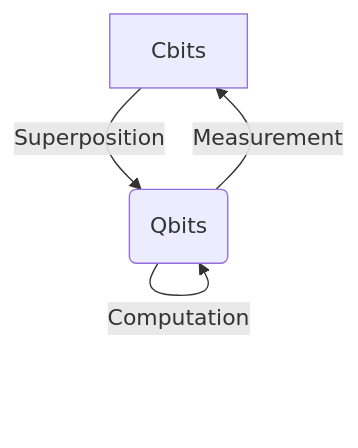
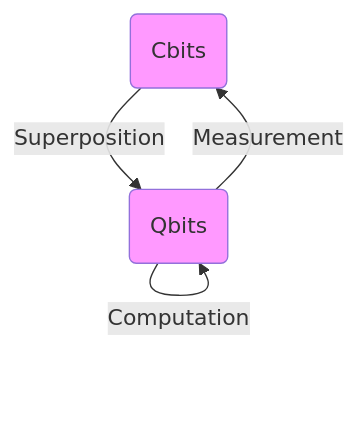
The first of 3 diagrams in content/post/quantum-computing-for-computer-scientists.md (kindlychung/academic-blog), drawn with Mermaid before and after one commit. The commit also changed other lines of this file, not shown here.

Commit message:
set mermaid version to 7.2.1, size is not so huge any more.

````diff
--- a/content/post/quantum-computing-for-computer-scientists.md
+++ b/content/post/quantum-computing-for-computer-scientists.md
@@ -35,6 +35,8 @@
 ```mermaid
-graph TD;
-A[Cbits] -->|Superposition| B(Qbits);
-B -->|Computation| B;
-B -->|Measurement| A;
+graph TD
+A(Cbits) -->|Superposition| B(Qbits)
+B -->|Computation| B
+B -->|Measurement| A
+style A fill:#f9f
+style B fill:#f9f
 ```
````
